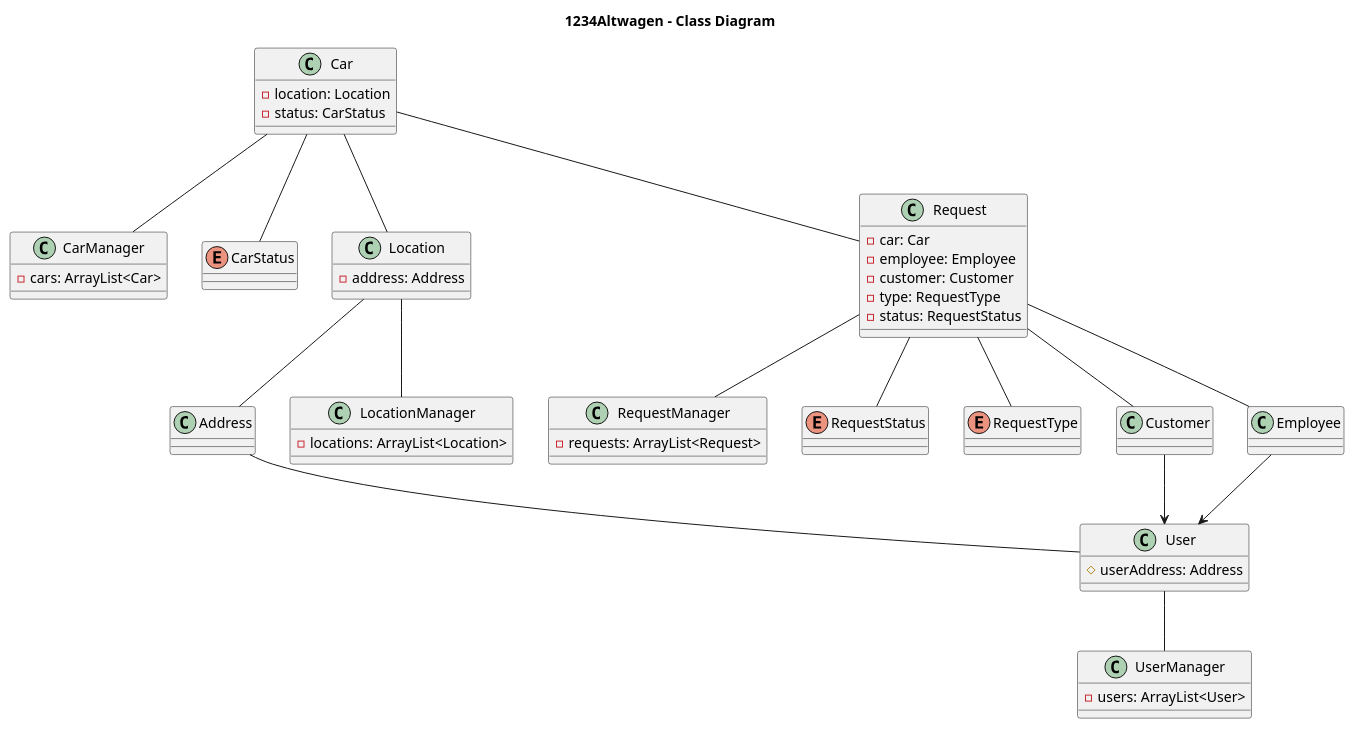
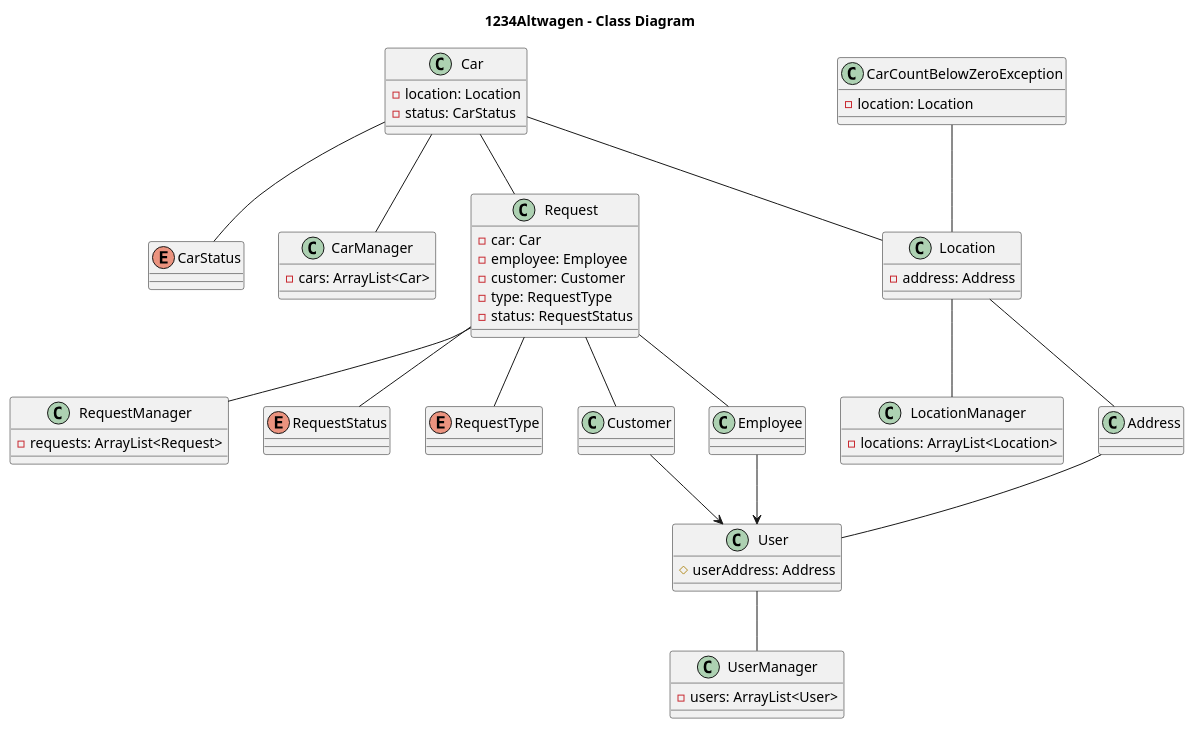
Before and after one commit to fh-erfurt/1234Altwagen: the diagram in readmeFiles/klassendiagramm.iuml, drawn with PlantUML. The commit also changed 2 other files, not shown here.

Commit message:
added Exception to UML

```diff
--- a/readmeFiles/klassendiagramm.iuml
+++ b/readmeFiles/klassendiagramm.iuml
@@ -1,76 +1,81 @@
 @startuml
 title 1234Altwagen - Class Diagram
 
 
 class CarManager {
     -cars: ArrayList<Car>
 }
 
 class Car {
     -location: Location
     -status: CarStatus
 }
 
 enum CarStatus {
 }
 
 class Address {
 }
 
 class Location {
     -address: Address
 }
 
 class LocationManager {
     -locations: ArrayList<Location>
 }
 
 class Request {
     -car: Car
     -employee: Employee
     -customer: Customer
     -type: RequestType
     -status: RequestStatus
 }
 
 class RequestManager {
     -requests: ArrayList<Request>
 }
 
 enum RequestStatus {
 }
 
 enum RequestType {
 }
 
 class Customer {
 }
 
 class Employee {
 }
 
 class User {
     #userAddress: Address
 }
 
 class UserManager {
     -users: ArrayList<User>
 }
 
+class CarCountBelowZeroException {
+    -location: Location
+}
+
 Customer --> User
 Employee --> User
 
 Car -- CarManager
 Request -- RequestManager
 User -- UserManager
 Address -- User
 Location -- Address
 Location -- LocationManager
 Car -- Location
 Car -- CarStatus
 Car -- Request
 Request -- Customer
 Request -- Employee
 Request -- RequestStatus
 Request -- RequestType
+CarCountBelowZeroException -- Location
 @enduml
```
